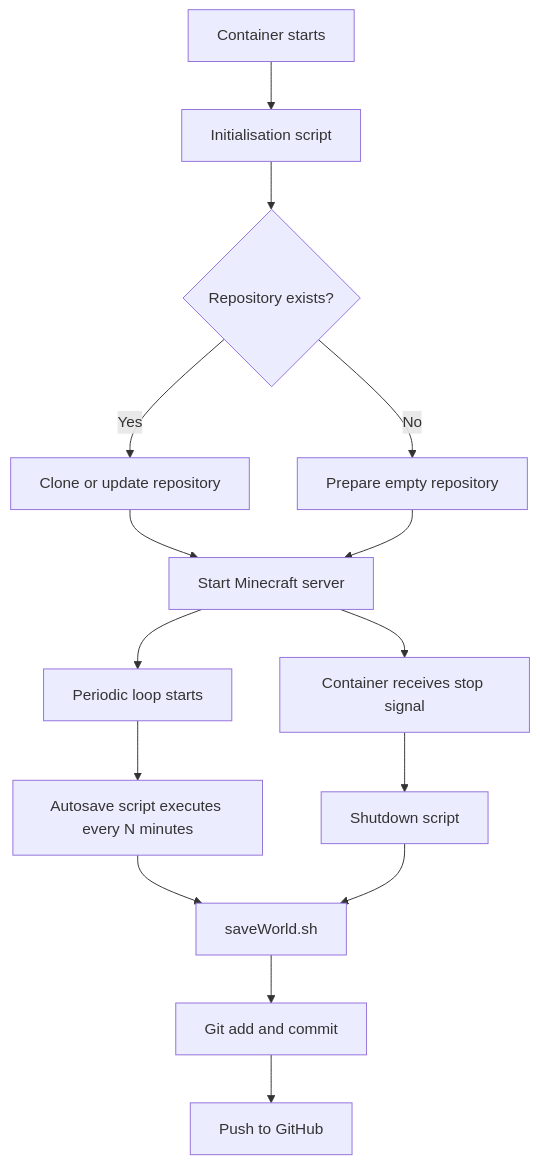
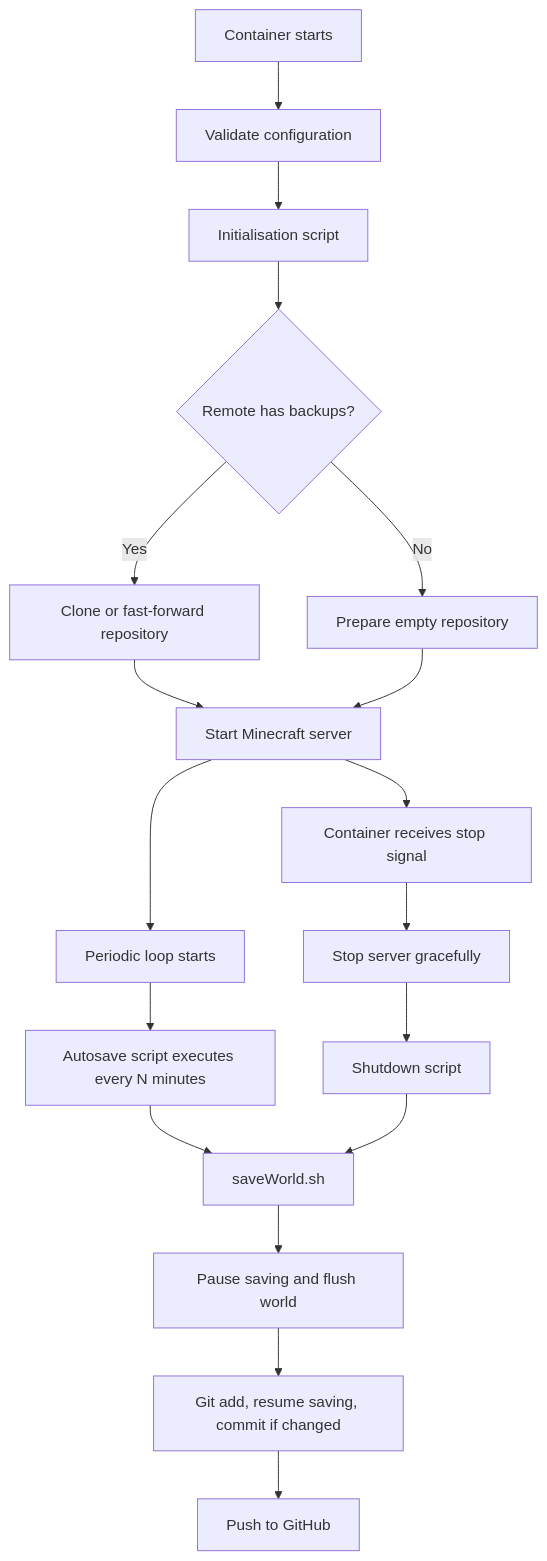
One commit to danieltorquatof/blog changed the first of 3 diagrams in posts/reliable-automation-pipelines-persistent-game-worlds/index.qmd. Above: the diagram before and after it, drawn with Mermaid. The commit also changed other lines of this file and 1 other file, not shown here.

First line of the commit message:
docs: Update Minecraft backup post for the reliability release

````diff
--- a/posts/reliable-automation-pipelines-persistent-game-worlds/index.qmd
+++ b/posts/reliable-automation-pipelines-persistent-game-worlds/index.qmd
@@ -132,38 +167,44 @@
 ```{mermaid}
 %%| fig-align: center
 %%| fig-width: 100%
 flowchart TB;
   A[Container starts]
-  B[Initialisation script]
-  C{Repository exists?}
-  D[Clone or update repository]
-  E[Prepare empty repository]
-  F[Start Minecraft server]
-  G[Periodic loop starts]
-  H[Autosave script executes every N minutes]
-  I[saveWorld.sh]
-  J[Git add and commit]
-  K[Push to GitHub]
-  L[Container receives stop signal]
-  M[Shutdown script]
+  B[Validate configuration]
+  C[Initialisation script]
+  D{Remote has backups?}
+  E[Clone or fast-forward repository]
+  F[Prepare empty repository]
+  G[Start Minecraft server]
+  H[Periodic loop starts]
+  I[Autosave script executes every N minutes]
+  J[saveWorld.sh]
+  K[Pause saving and flush world]
+  L[Git add, resume saving, commit if changed]
+  M[Push to GitHub]
+  N[Container receives stop signal]
+  O[Stop server gracefully]
+  P[Shutdown script]
 
   A --> B
   B --> C
+  C --> D
 
-  C -- Yes --> D
-  C -- No --> E
+  D -- Yes --> E
+  D -- No --> F
 
-  D --> F
-  E --> F
+  E --> G
+  F --> G
 
-  F --> G
   G --> H
+  H --> I
 
-  H --> I
   I --> J
   J --> K
+  K --> L
+  L --> M
 
-  F --> L
-  L --> M
-  M --> I
+  G --> N
+  N --> O
+  O --> P
+  P --> J
 ```
````
